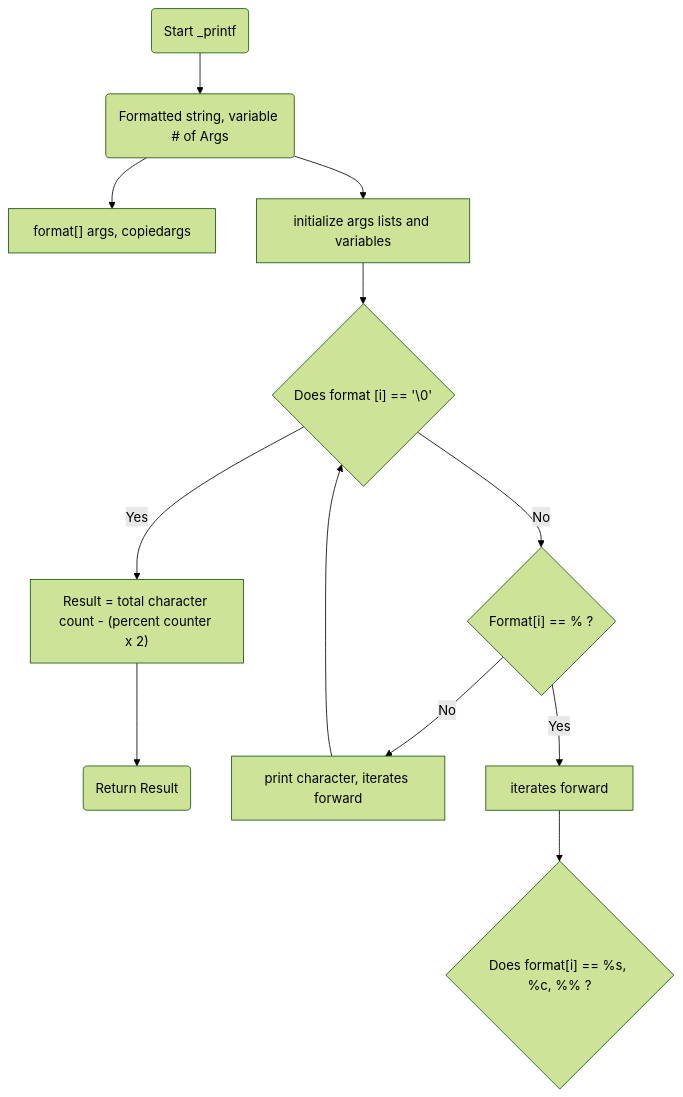
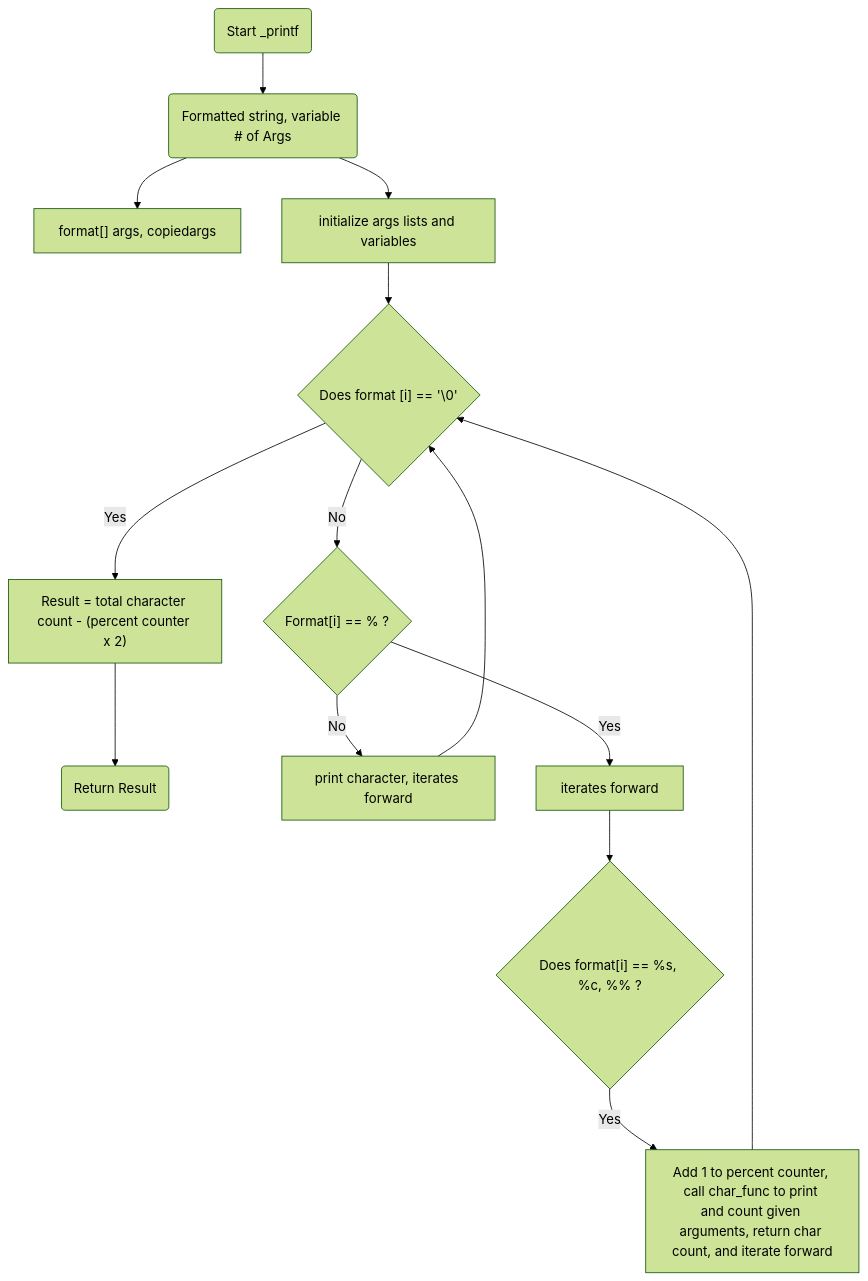
Before and after one commit to MBall0u/atlas-printf: the diagram in README.md, drawn with Mermaid (forest theme).

Commit message:
README.md/flowchart

````diff
--- a/README.md
+++ b/README.md
@@ -32,14 +32,16 @@
 ```mermaid
 graph TD;
 	A(Start _printf) -->B(Formatted string, variable # of Args)
     B --> C["format[]" args, copiedargs]
     B --> D[initialize args lists and variables]
     D --> E{"Does format [i]" == '\0'}
     E --> |Yes|F["Result = total character count - (percent counter x 2)"]
     F --> Z(Return Result)
     E --> |No|G{"Format[i]" == % ?}
     G --> |No|H[print character, iterates forward]
     H --> E
     G --> |Yes|Y[iterates forward]
     Y --> I{"Does format[i]" == %s, %c, %% ?}
+	I --> |Yes|J[Add 1 to percent counter, call char_func to print and count given arguments, return char count, and iterate forward]
+    J --> E
 ```
````
